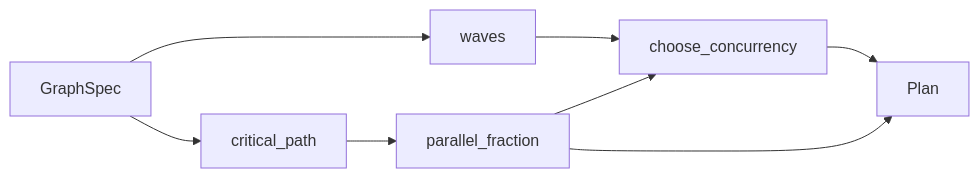
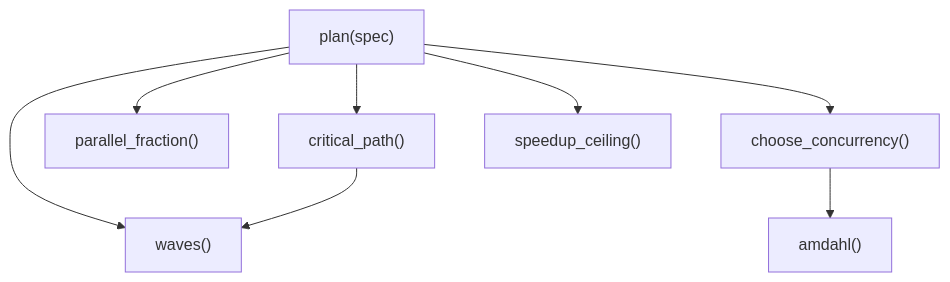
One commit to bitphill/loopsmith changed the diagram in wiki/execution-graph-concurrency-planning.md. Above: the diagram before and after it, drawn with Mermaid. The commit also changed other lines of this file and 30 other files, not shown here.

````diff
--- a/wiki/execution-graph-concurrency-planning.md
+++ b/wiki/execution-graph-concurrency-planning.md
@@ -23,10 +23,10 @@
 ```mermaid
-graph LR
-    S[GraphSpec] --> W[waves]
-    S --> CP[critical_path]
-    W --> CC[choose_concurrency]
-    CP --> PF[parallel_fraction]
-    PF --> CC
-    CC --> P[Plan]
-    PF --> P
+flowchart TD
+    P["plan(spec)"] --> W["waves()"]
+    P --> CP["critical_path()"]
+    P --> PF["parallel_fraction()"]
+    P --> CC["choose_concurrency()"]
+    P --> SC["speedup_ceiling()"]
+    CP --> W
+    CC --> A["amdahl()"]
 ```
````
